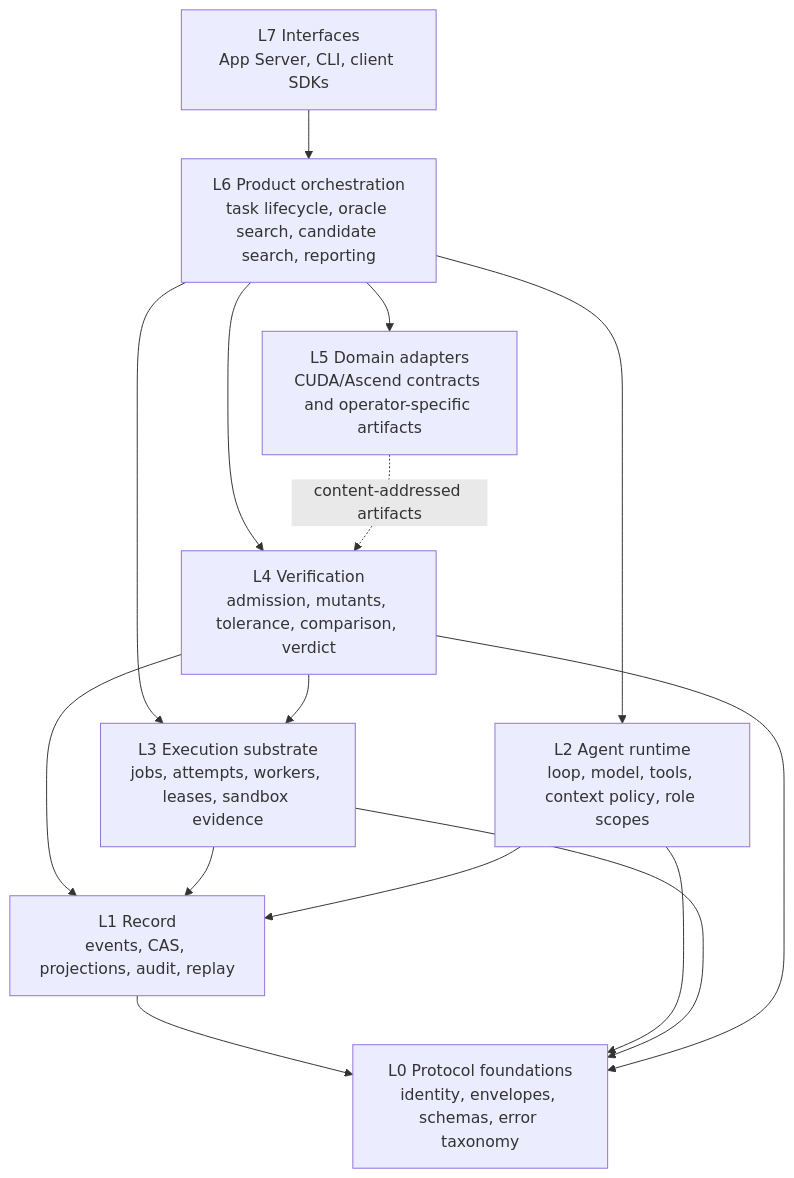
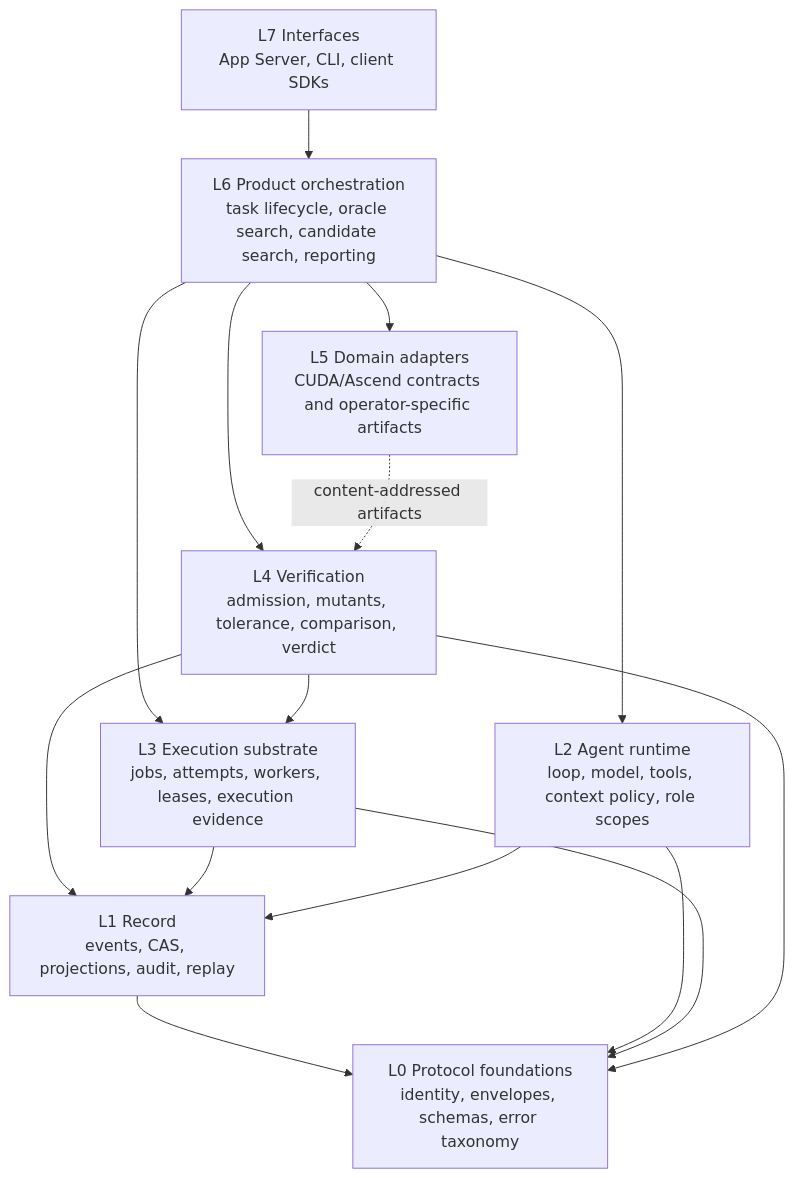
Before and after one commit to ascendresearch/cairn: the second of 5 diagrams in docs/SYSTEM_DESIGN.md, drawn with Mermaid. The commit also changed other lines of this file and 19 other files, not shown here.

````diff
--- a/docs/SYSTEM_DESIGN.md
+++ b/docs/SYSTEM_DESIGN.md
@@ -131,26 +131,26 @@
 ```mermaid
 flowchart TD
     L7["L7 Interfaces<br/>App Server, CLI, client SDKs"]
     L6["L6 Product orchestration<br/>task lifecycle, oracle search, candidate search, reporting"]
     L5["L5 Domain adapters<br/>CUDA/Ascend contracts and operator-specific artifacts"]
     L4["L4 Verification<br/>admission, mutants, tolerance, comparison, verdict"]
-    L3["L3 Execution substrate<br/>jobs, attempts, workers, leases, sandbox evidence"]
+    L3["L3 Execution substrate<br/>jobs, attempts, workers, leases, execution evidence"]
     L2["L2 Agent runtime<br/>loop, model, tools, context policy, role scopes"]
     L1["L1 Record<br/>events, CAS, projections, audit, replay"]
     L0["L0 Protocol foundations<br/>identity, envelopes, schemas, error taxonomy"]
 
     L7 --> L6
     L6 --> L5
     L6 --> L4
     L6 --> L3
     L6 --> L2
     L5 -. "content-addressed artifacts" .-> L4
     L4 --> L3
     L4 --> L1
     L3 --> L1
     L2 --> L1
     L1 --> L0
     L2 --> L0
     L3 --> L0
     L4 --> L0
 ```
````
